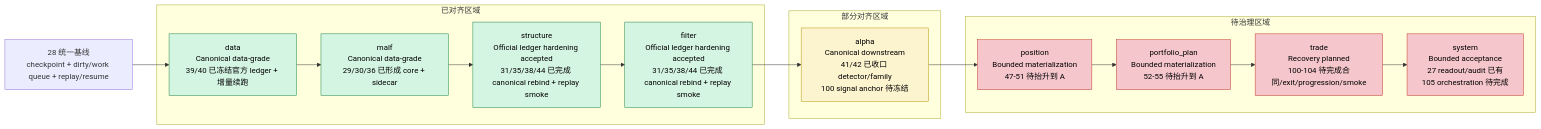
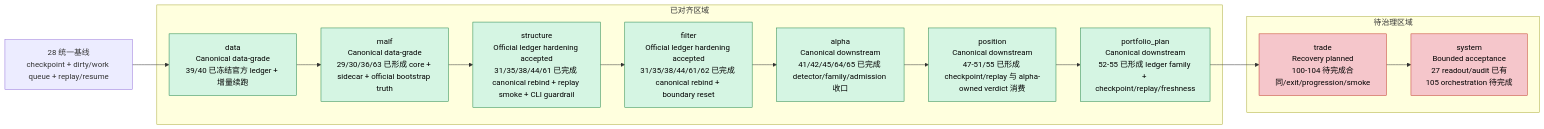
One commit to everything-is-simple/lifespan-0.01 changed the first of 4 diagrams in docs/02-spec/Ω-system-delivery-roadmap-20260409.md. Above: the diagram before and after it, drawn with Mermaid. The commit also changed other lines of this file and 28 other files, not shown here.

````diff
--- a/docs/02-spec/Ω-system-delivery-roadmap-20260409.md
+++ b/docs/02-spec/Ω-system-delivery-roadmap-20260409.md
@@ -52,31 +52,26 @@
 ```mermaid
 flowchart LR
     C28["28 统一基线\ncheckpoint + dirty/work queue + replay/resume"] --> DATA
 
     subgraph ALIGNED["已对齐区域"]
         DATA["data\nCanonical data-grade\n39/40 已冻结官方 ledger + 增量续跑"]
-        MALF["malf\nCanonical data-grade\n29/30/36 已形成 core + sidecar"]
-        STR["structure\nOfficial ledger hardening accepted\n31/35/38/44 已完成 canonical rebind + replay smoke"]
-        FLT["filter\nOfficial ledger hardening accepted\n31/35/38/44 已完成 canonical rebind + replay smoke"]
-    end
-
-    subgraph PARTIAL["部分对齐区域"]
-        ALPHA["alpha\nCanonical downstream\n41/42 已收口 detector/family\n100 signal anchor 待冻结"]
+        MALF["malf\nCanonical data-grade\n29/30/36/63 已形成 core + sidecar + official bootstrap truth"]
+        STR["structure\nOfficial ledger hardening accepted\n31/35/38/44/61 已完成 canonical rebind + replay smoke + CLI guardrail"]
+        FLT["filter\nOfficial ledger hardening accepted\n31/35/38/44/61/62 已完成 canonical rebind + boundary reset"]
+        ALPHA["alpha\nCanonical downstream\n41/42/45/64/65 已完成 detector/family/admission 收口"]
+        POS["position\nCanonical downstream\n47-51/55 已形成 checkpoint/replay 与 alpha-owned verdict 消费"]
+        PLAN["portfolio_plan\nCanonical downstream\n52-55 已形成 ledger family + checkpoint/replay/freshness"]
     end
 
     subgraph PENDING["待治理区域"]
-        POS["position\nBounded materialization\n47-51 待抬升到 A"]
-        PLAN["portfolio_plan\nBounded materialization\n52-55 待抬升到 A"]
         TRADE["trade\nRecovery planned\n100-104 待完成合同/exit/progression/smoke"]
         SYS["system\nBounded acceptance\n27 readout/audit 已有\n105 orchestration 待完成"]
     end
 
     DATA --> MALF --> STR --> FLT --> ALPHA --> POS --> PLAN --> TRADE --> SYS
 
     classDef aligned fill:#d5f5e3,stroke:#1e8449,color:#000;
-    classDef partial fill:#fcf3cf,stroke:#b7950b,color:#000;
     classDef pending fill:#f5c6cb,stroke:#c0392b,color:#000;
-    class DATA,MALF,STR,FLT aligned;
-    class ALPHA partial;
-    class POS,PLAN,TRADE,SYS pending;
+    class DATA,MALF,STR,FLT,ALPHA,POS,PLAN aligned;
+    class TRADE,SYS pending;
 ```
````
